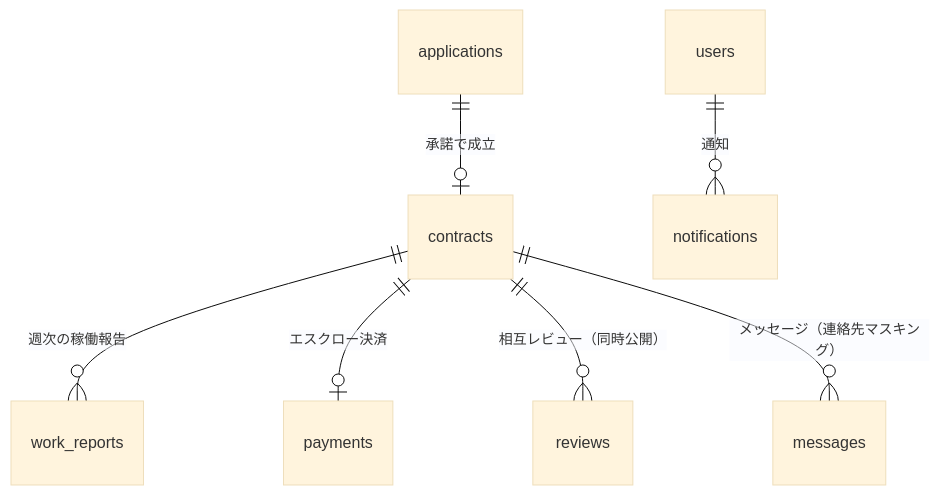
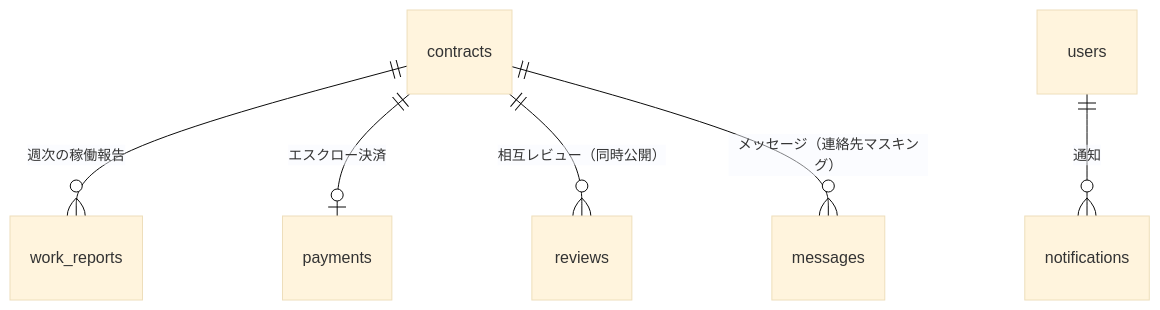
Before and after one commit to masa-devx/it-matching-service-clean-architecture: the fourth of 4 diagrams in docs/データ設計.md, drawn with Mermaid (base theme). The commit also changed other lines of this file and 1 other file, not shown here.

Commit message:
docs: 契約のスナップショット設計を記録しER図を更新

````diff
--- a/docs/データ設計.md
+++ b/docs/データ設計.md
@@ -160,9 +194,8 @@
 ```mermaid
 erDiagram
-    applications ||--o| contracts : "承諾で成立"
     contracts ||--o{ work_reports : "週次の稼働報告"
     contracts ||--o| payments : "エスクロー決済"
     contracts ||--o{ reviews : "相互レビュー（同時公開）"
     contracts ||--o{ messages : "メッセージ（連絡先マスキング）"
     users ||--o{ notifications : "通知"
 ```
````
